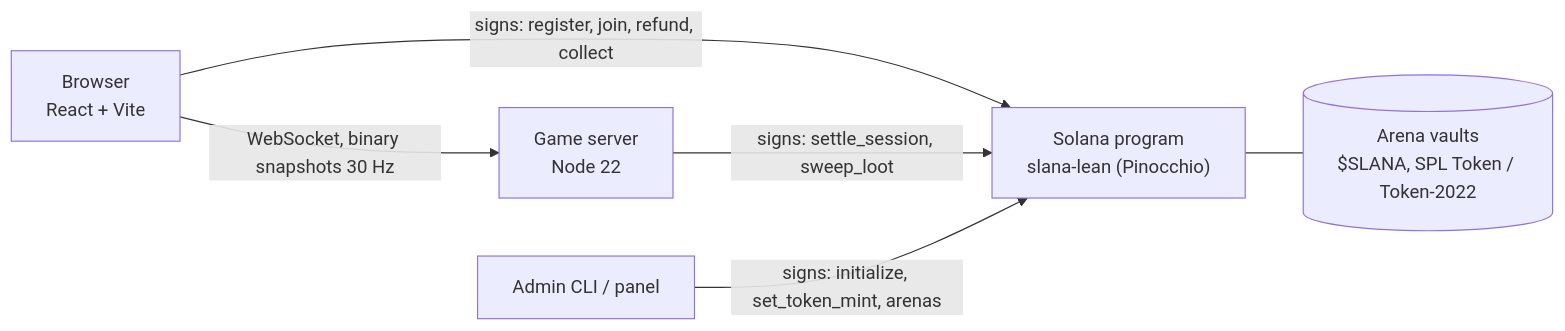
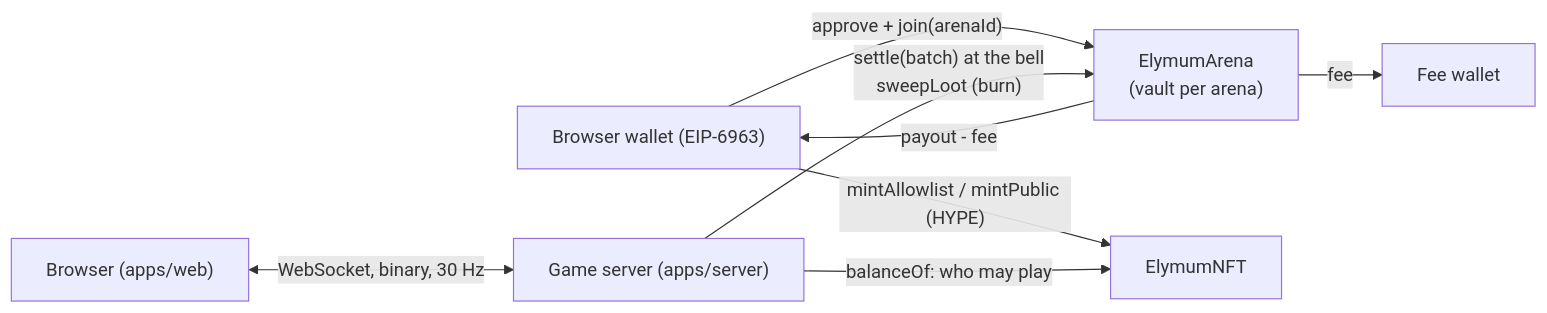
The diagram in README.md (furkan3152/Solagel), drawn with Mermaid before and after one commit. The commit also changed other lines of this file and 71 other files, not shown here.

````diff
--- a/README.md
+++ b/README.md
@@ -57,8 +52,10 @@
 ```mermaid
 flowchart LR
-  B["Browser<br/>React + Vite"] -- "WebSocket, binary snapshots 30 Hz" --> S["Game server<br/>Node 22"]
-  B -- "signs: register, join, refund, collect" --> P["Solana program<br/>slana-lean (Pinocchio)"]
-  S -- "signs: settle_session, sweep_loot" --> P
-  A["Admin CLI / panel"] -- "signs: initialize, set_token_mint, arenas" --> P
-  P --- V[("Arena vaults<br/>$SLANA, SPL Token / Token-2022")]
+  W["Browser wallet (EIP-6963)"] -- "approve + join(arenaId)" --> A["ElymumArena<br/>(vault per arena)"]
+  W -- "mintAllowlist / mintPublic (HYPE)" --> N["ElymumNFT"]
+  B["Browser (apps/web)"] <-- "WebSocket, binary, 30 Hz" --> S["Game server (apps/server)"]
+  S -- "settle(batch) at the bell<br/>sweepLoot (burn)" --> A
+  S -- "balanceOf: who may play" --> N
+  A -- "payout - fee" --> W
+  A -- "fee" --> F["Fee wallet"]
 ```
````
